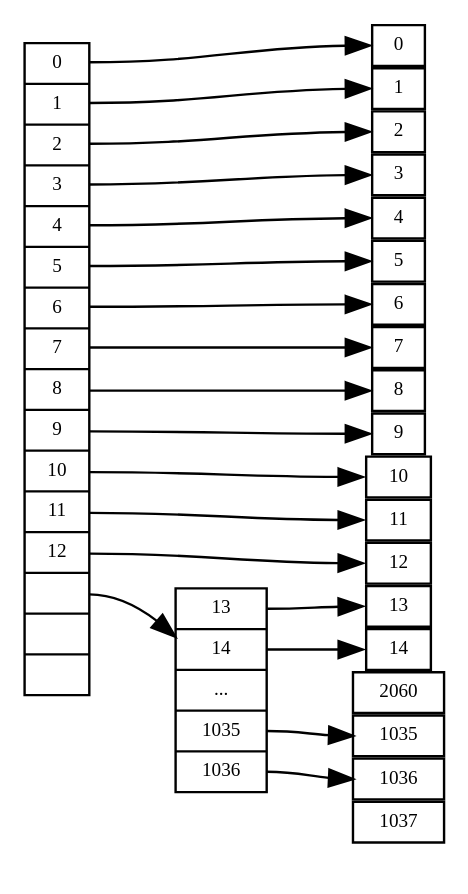
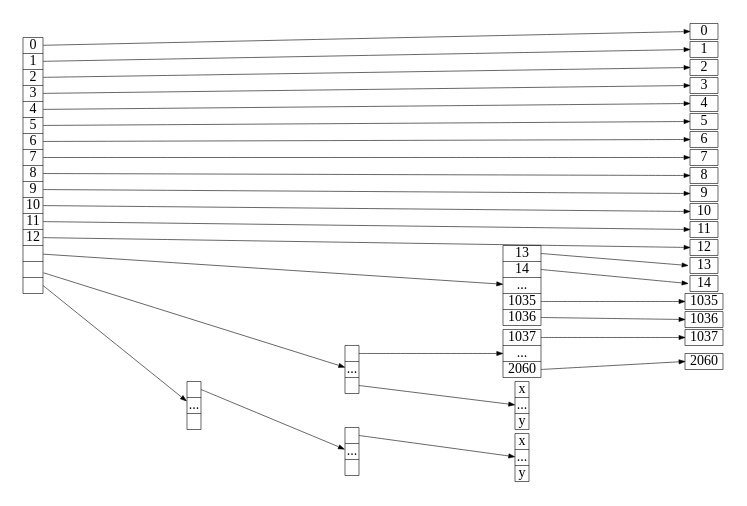
One commit to dezgeg/gradu changed the diagram in gfx/ext2-blocks.dot. Above: the diagram before and after it, drawn with Graphviz. The commit also changed 2 other files, not shown here.

Commit message:
ext2 graph wanking

```diff
--- a/gfx/ext2-blocks.dot
+++ b/gfx/ext2-blocks.dot
@@ -1,99 +1,113 @@
 digraph ext2 {
-    //splines = false;
+    splines = false;
     rankdir = LR;
-    nodesep = 0.0;
-    //ranksep = 0.5;
-    node[fontsize = 8,width=0.1,height=0.1];
-    size = "4.0,6.0!";
+    nodesep = 0.02;
+    ranksep = 1.0;
+    node[fontsize=7,width=0.0,height=0.0,margin=0.0,penwidth=0.3];
+    size = "8.0,6.0";
+    edge[arrowsize=0.3,penwidth=0.3];
 
     // Group 1: Inode
     subgraph {
         rank = same;
         inode [shape=record,label="<b0>0|<b1>1|<b2>2|<b3>3|<b4>4|<b5>5|<b6>6|<b7>7|<b8>8|<b9>9|<b10>10|<b11>11|<b12>12|<idp1>|<idp2>|<idp3>"];
     }
 
-    // Group 2: Doubly indirect blocks
-    /*
+    // Group 2: Triply indirect blocks
     subgraph {
         rank = same;
-        idb2 [shape=record,label="<idp2_0>|...|<idp2_1023>"];
+        idb3 [shape=record,label="<idp3_0>|...|<idp3_1023>"];
     }
-    */
 
-    // Group 3: Indirect blocks
+    // Group 3: Doubly indirect blocks
+    subgraph {
+        rank = same;
+        idb2   [shape=record,label="<idp2_0>|...|<idp2_1023>"];
+        idb3_0 [shape=record,label="<idp2_0>|...|<idp2_1023>"];
+    }
+
+    // Group 4: Indirect blocks
     subgraph {
       rank = same;
       idb1 [shape=record,label="<b13>13|<b14>14|...|<b1035>1035|<b1036>1036"];
-      //idb2_0 [shape=record,label="<b1037>1037|...|<b2060>2060"];
-      //idb2_1023 [shape=record,label="x|...|y"];
+      idb2_0 [shape=record,label="<b1037>1037|...|<b2060>2060"];
+      idb2_1023 [shape=record,label="x|...|y"];
+      idb3_0_0 [shape=record,label="x|...|y"];
     }
 
-    // Group 3: Data blocks
+    // Group 5: Data blocks
     subgraph {
         rank = same;
-        graph[ordering="out"];
+        node[width=0.2,height=0.0,margin=0.00];
         b0 [shape=box,label="0"];
         b1 [shape=box,label="1"];
         b2 [shape=box,label="2"];
         b3 [shape=box,label="3"];
         b4 [shape=box,label="4"];
         b5 [shape=box,label="5"];
         b6 [shape=box,label="6"];
         b7 [shape=box,label="7"];
         b8 [shape=box,label="8"];
         b9 [shape=box,label="9"];
         b10 [shape=box,label="10"];
         b11 [shape=box,label="11"];
         b12 [shape=box,label="12"];
 
         b13 [shape=box,label="13"];
         b14 [shape=box,label="14"];
         b1035 [shape=box,label="1035"];
         b1036 [shape=box,label="1036"];
 
         b1037 [shape=box,label="1037"];
         b2060 [shape=box,label="2060"];
     }
 
+    // inode -> triply indirect block connections
+    inode:idp3 -> idb3;
+
     // inode -> doubly indirect block connections
-    //inode:idp2 -> idb2;
-
-    // doubly indirect block -> indirect block connections
-    //idb2:idp2_0 -> idb2_0;
-    //idb2:idp2_1023 -> idb2_1023;
+    inode:idp2 -> idb2;
 
     // inode -> indirect block connections
     inode:idp1 -> idb1;
 
     // inode -> direct block connections
     inode:b0 -> b0:w;
     inode:b1 -> b1:w;
     inode:b2 -> b2:w;
     inode:b3 -> b3:w;
     inode:b4 -> b4:w;
     inode:b5 -> b5:w;
     inode:b6 -> b6:w;
     inode:b7 -> b7:w;
     inode:b8 -> b8:w;
     inode:b9 -> b9:w;
     inode:b10 -> b10:w;
     inode:b11 -> b11:w;
     inode:b12 -> b12:w;
 
+    // triply indirect block -> doubly indirect block connections
+    idb3:idp3_0 -> idb3_0;
+
+    // doubly indirect block -> indirect block connections
+    idb2:idp2_0 -> idb2_0;
+    idb2:idp2_1023 -> idb2_1023;
+    idb3_0:idp2_0 -> idb3_0_0;
+
     // retarded crap
     b12:s -> b13:n [style=invis];
     b13:s -> b14:n [style=invis];
     b14:s -> b1035:n [style=invis];
     b1035:s -> b1036:n [style=invis];
     b1036:s -> b1037:n [style=invis];
     b1037:s -> b2060:n [style=invis];
 
     // 1st indirect block -> direct block connections
     idb1:b13 -> b13:w;
     idb1:b14 -> b14:w;
     idb1:b1035 -> b1035:w;
     idb1:b1036 -> b1036:w;
 
-    //idb2_0:b1037 -> b1037:w;
-    //idb2_0:b2060 -> b2060:w;
+    idb2_0:b1037 -> b1037:w;
+    idb2_0:b2060 -> b2060:w;
 }
```
